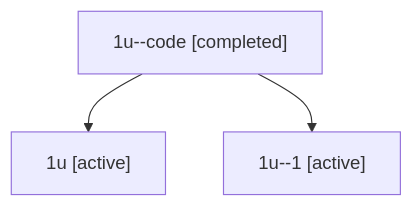
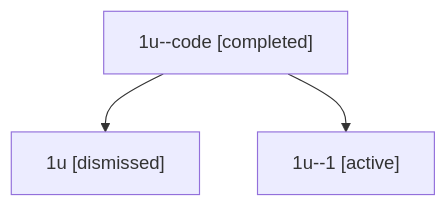
The diagram in sessions/bbugyi200.athena.1u.md (sase-org/sase--agents), drawn with Mermaid before and after one commit. The commit also changed other lines of this file and 24 other files, not shown here.

````diff
--- a/sessions/bbugyi200.athena.1u.md
+++ b/sessions/bbugyi200.athena.1u.md
@@ -9,8 +9,8 @@
 ```mermaid
 flowchart TD
   n0["1u--code [completed]"]
-  n1["1u [active]"]
+  n1["1u [dismissed]"]
   n0 --> n1
   n2["1u--1 [active]"]
   n0 --> n2
 ```
````
